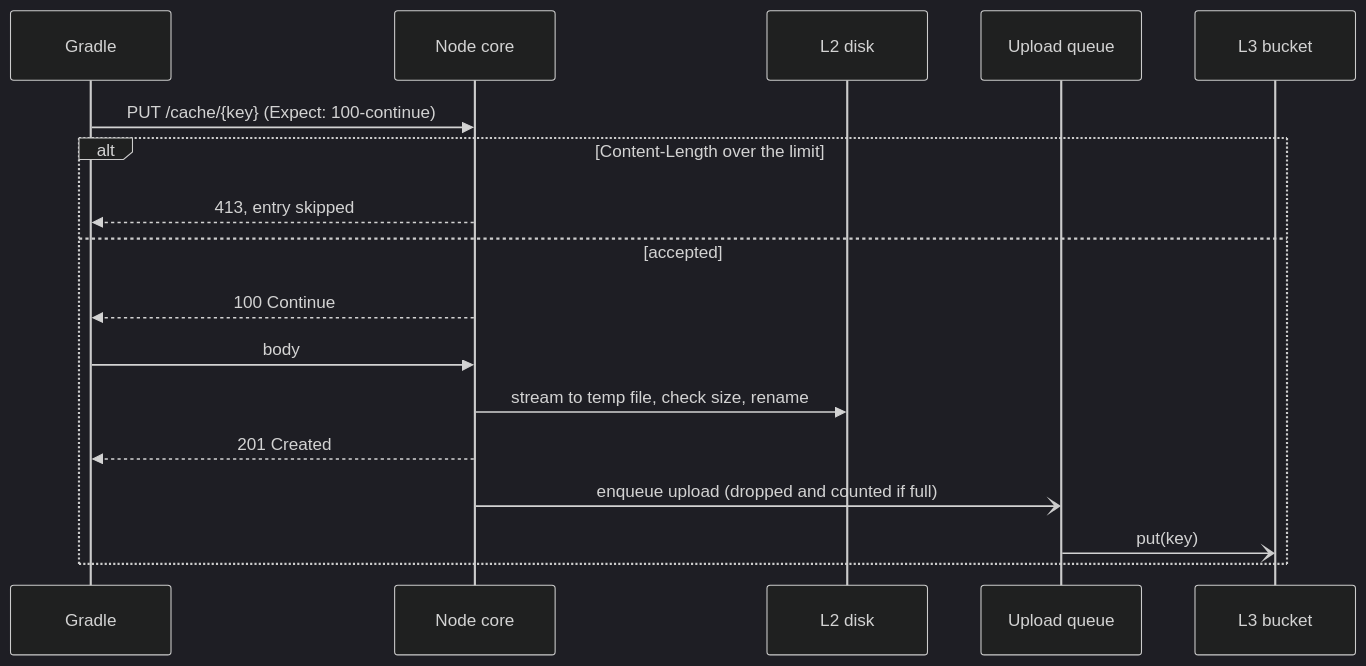
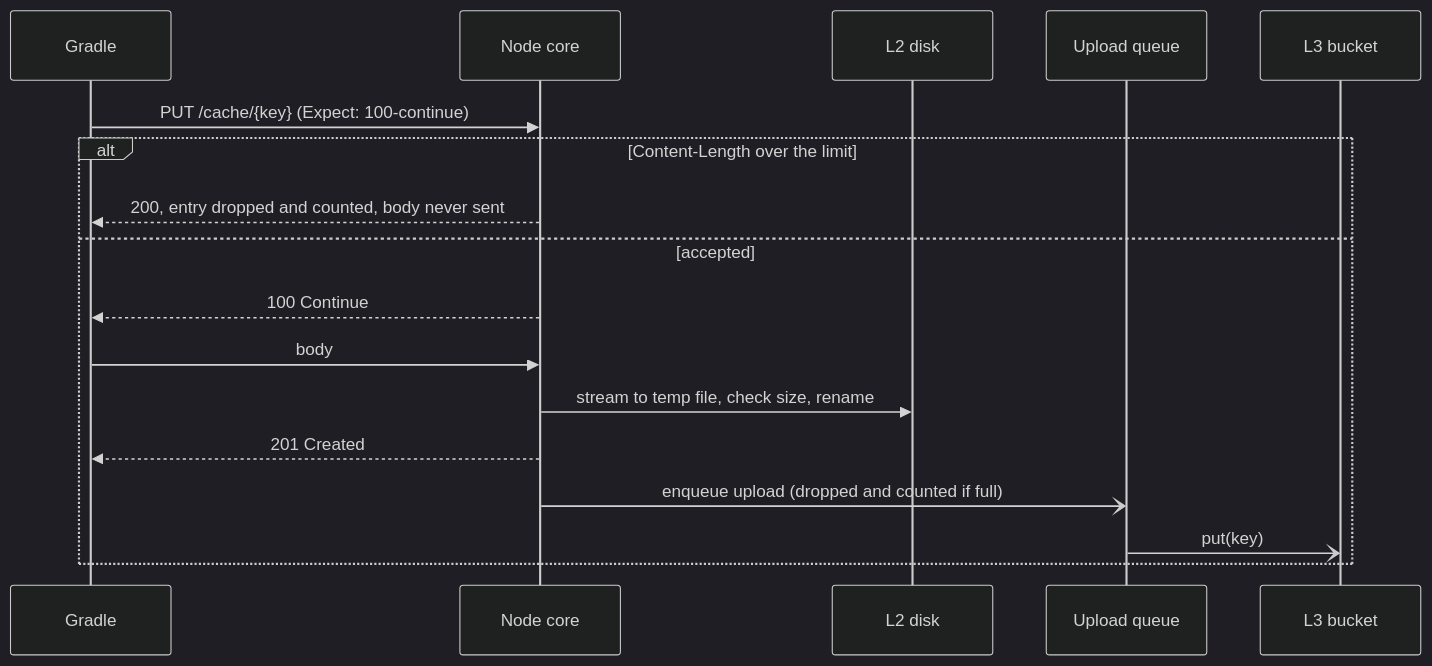
Before and after one commit to nevzheng/mammoth-cache: the third of 4 diagrams in docs/design/0003-architecture.md, drawn with Mermaid (dark theme). The commit also changed other lines of this file and 4 other files, not shown here.

````diff
--- a/docs/design/0003-architecture.md
+++ b/docs/design/0003-architecture.md
@@ -167,19 +171,19 @@
 ```mermaid
 sequenceDiagram
     participant G as Gradle
     participant N as Node core
     participant D as L2 disk
     participant Q as Upload queue
     participant B as L3 bucket
     G->>N: PUT /cache/{key} (Expect: 100-continue)
     alt Content-Length over the limit
-        N-->>G: 413, entry skipped
+        N-->>G: 200, entry dropped and counted, body never sent
     else accepted
         N-->>G: 100 Continue
         G->>N: body
         N->>D: stream to temp file, check size, rename
         N-->>G: 201 Created
         N-)Q: enqueue upload (dropped and counted if full)
         Q-)B: put(key)
     end
 ```
````
